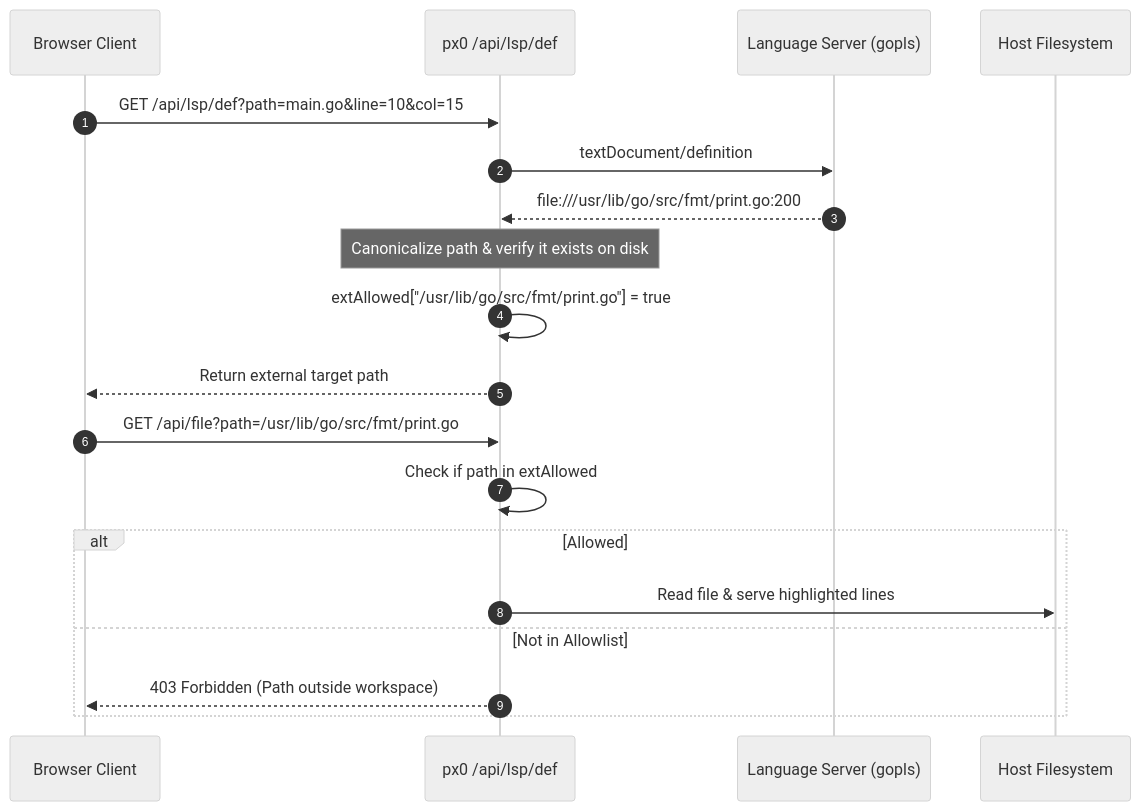
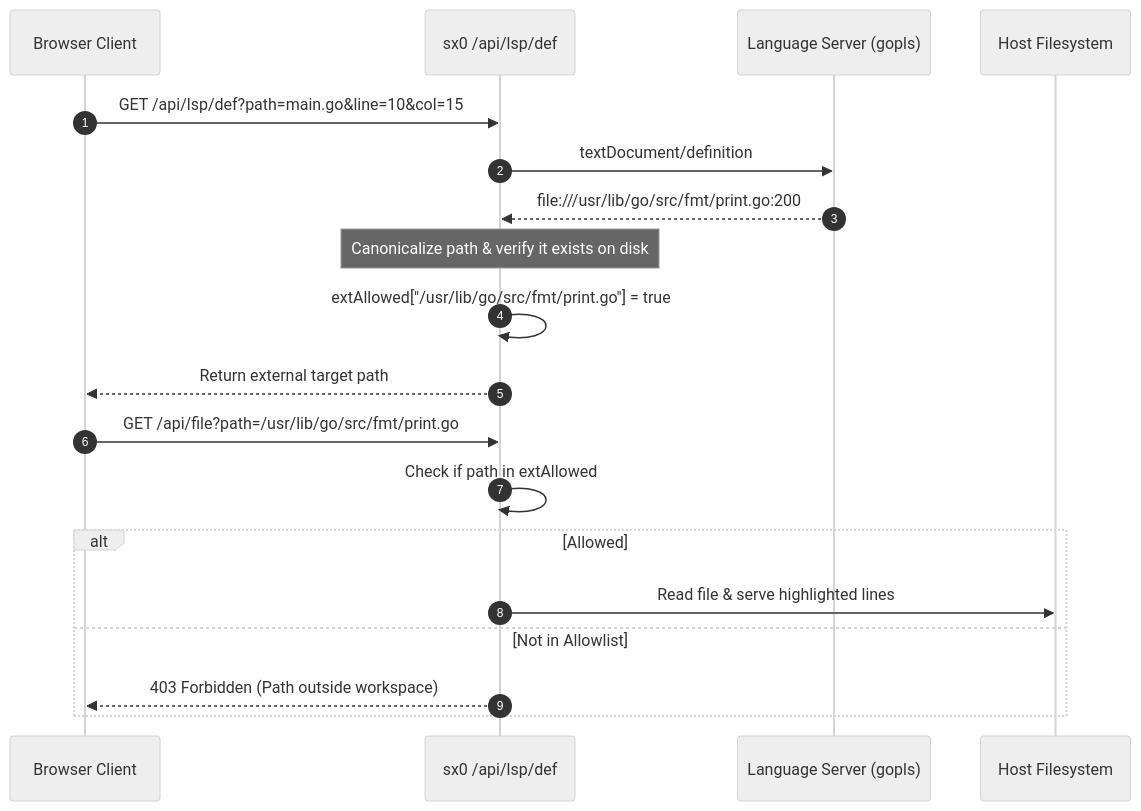
Before and after one commit to bookee-soumyaz13/sx0: the second of 2 diagrams in docs/internals/lsp-and-intelligence.md, drawn with Mermaid (neutral theme). The commit also changed other lines of this file and 83 other files, not shown here.

````diff
--- a/docs/internals/lsp-and-intelligence.md
+++ b/docs/internals/lsp-and-intelligence.md
@@ -68,22 +68,22 @@
 ```mermaid
 sequenceDiagram
     autonumber
     participant UI as Browser Client
-    participant Server as px0 /api/lsp/def
+    participant Server as sx0 /api/lsp/def
     participant LSP as Language Server (gopls)
     participant FS as Host Filesystem
 
     UI->>Server: GET /api/lsp/def?path=main.go&line=10&col=15
     Server->>LSP: textDocument/definition
     LSP-->>Server: file:///usr/lib/go/src/fmt/print.go:200
     Note over Server: Canonicalize path & verify it exists on disk
     Server->>Server: extAllowed["/usr/lib/go/src/fmt/print.go"] = true
     Server-->>UI: Return external target path
     UI->>Server: GET /api/file?path=/usr/lib/go/src/fmt/print.go
     Server->>Server: Check if path in extAllowed
     alt Allowed
         Server->>FS: Read file & serve highlighted lines
     else Not in Allowlist
         Server-->>UI: 403 Forbidden (Path outside workspace)
     end
 ```
````
